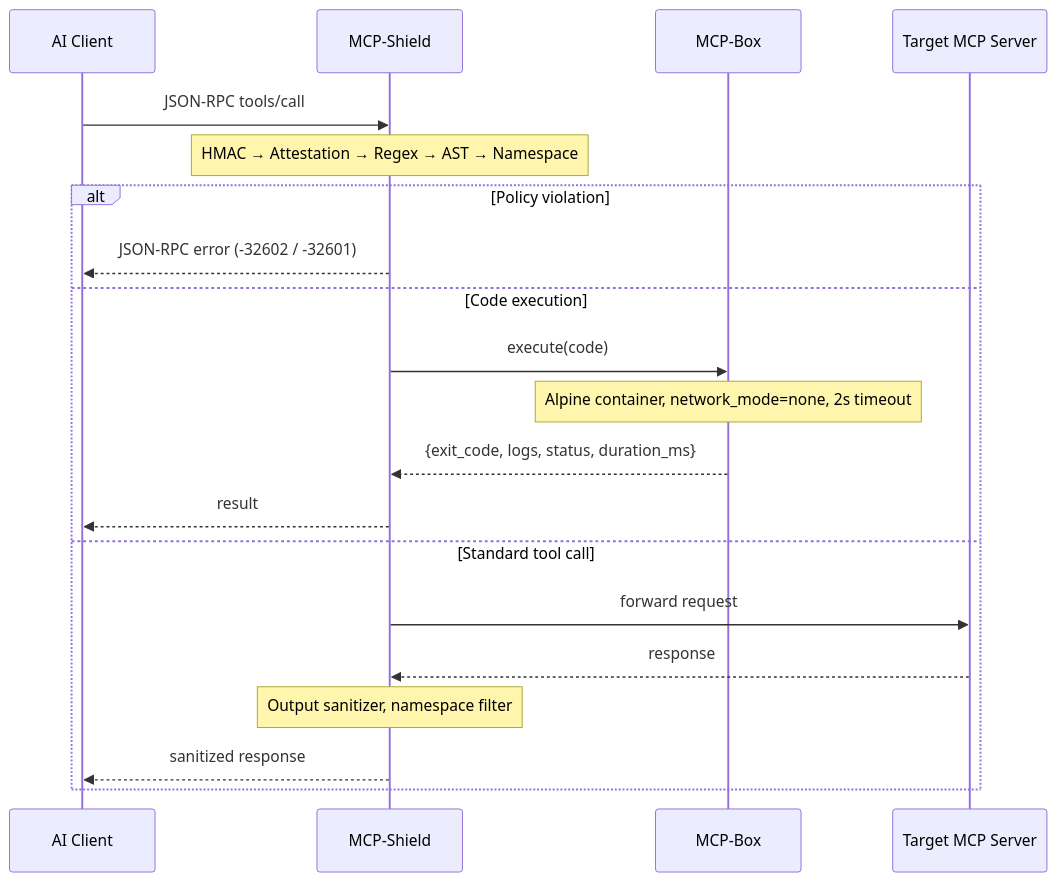
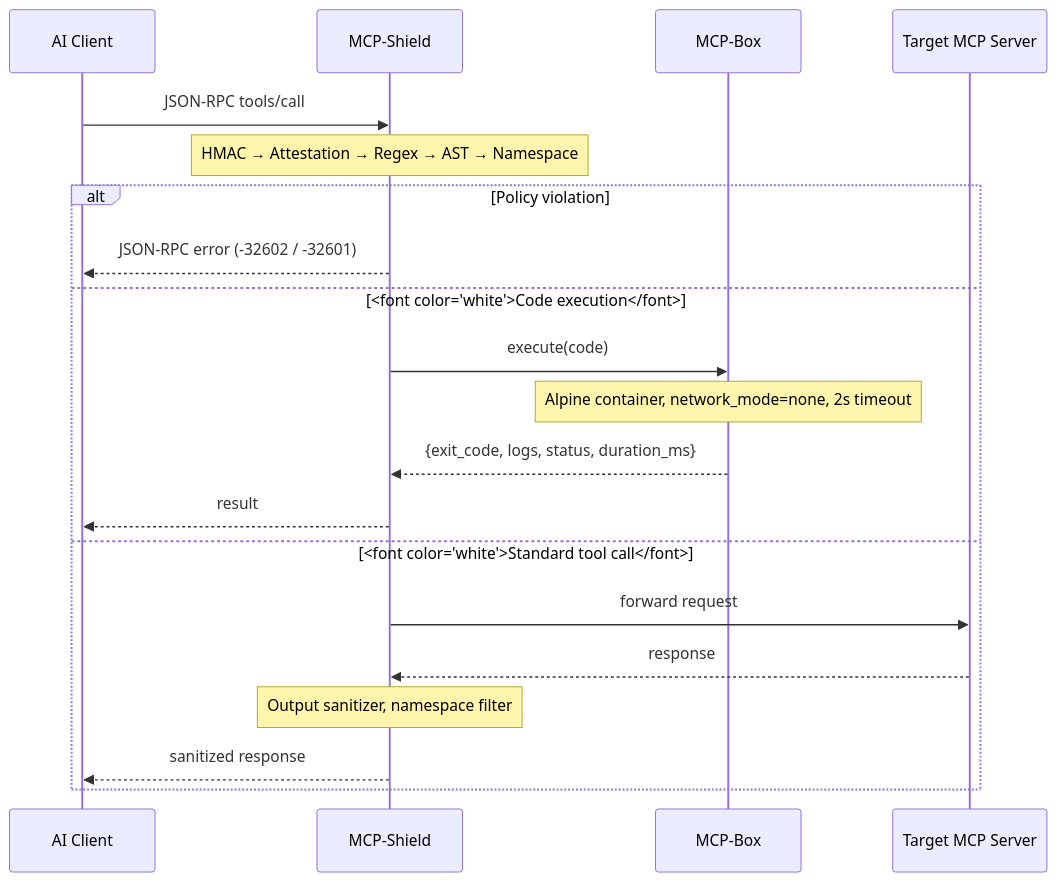
The diagram in docs/architecture.md (rishitnanda/mcp_secure), drawn with Mermaid before and after one commit.

Commit message:
Mermaid block

````diff
--- a/docs/architecture.md
+++ b/docs/architecture.md
@@ -11,23 +11,23 @@
 ```mermaid
 sequenceDiagram
     participant Client as AI Client
     participant Shield as MCP-Shield
     participant Sandbox as MCP-Box
     participant Server as Target MCP Server
 
     Client->>Shield: JSON-RPC tools/call
     Note over Shield: HMAC → Attestation → Regex → AST → Namespace
     alt Policy violation
         Shield-->>Client: JSON-RPC error (-32602 / -32601)
-    else Code execution
+    else <font color="white">Code execution</font>
         Shield->>Sandbox: execute(code)
         Note over Sandbox: Alpine container, network_mode=none, 2s timeout
         Sandbox-->>Shield: {exit_code, logs, status, duration_ms}
         Shield-->>Client: result
-    else Standard tool call
+    else <font color="white">Standard tool call</font>
         Shield->>Server: forward request
         Server-->>Shield: response
         Note over Shield: Output sanitizer, namespace filter
         Shield-->>Client: sanitized response
     end
 ```
````
